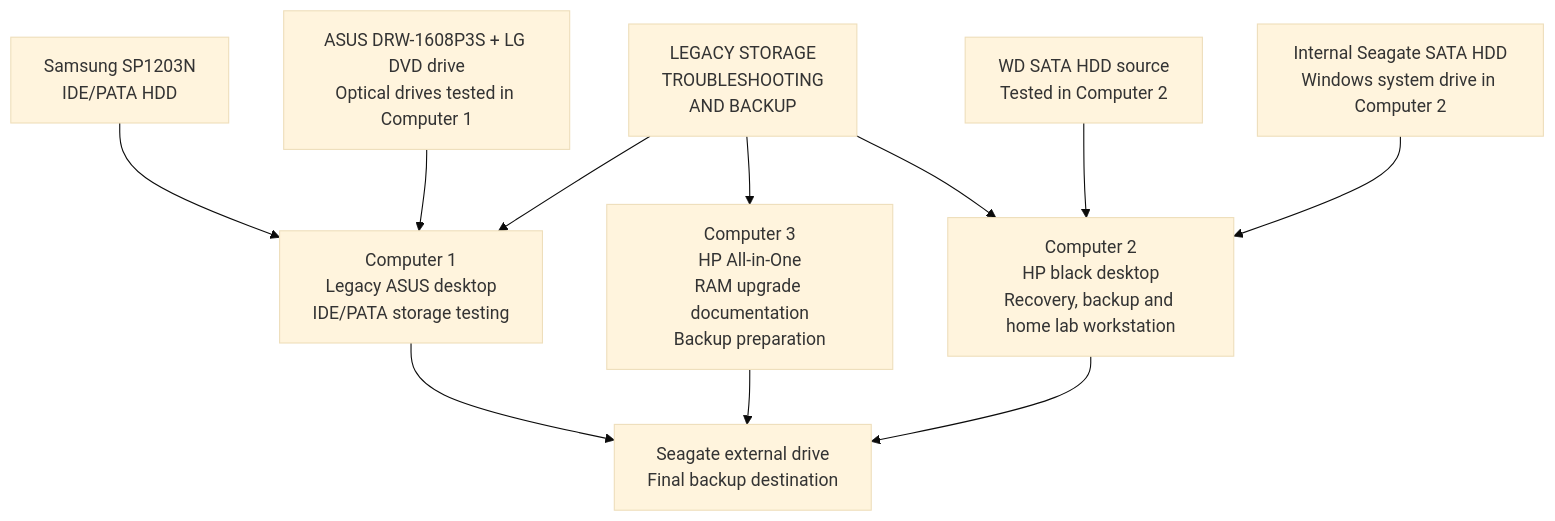
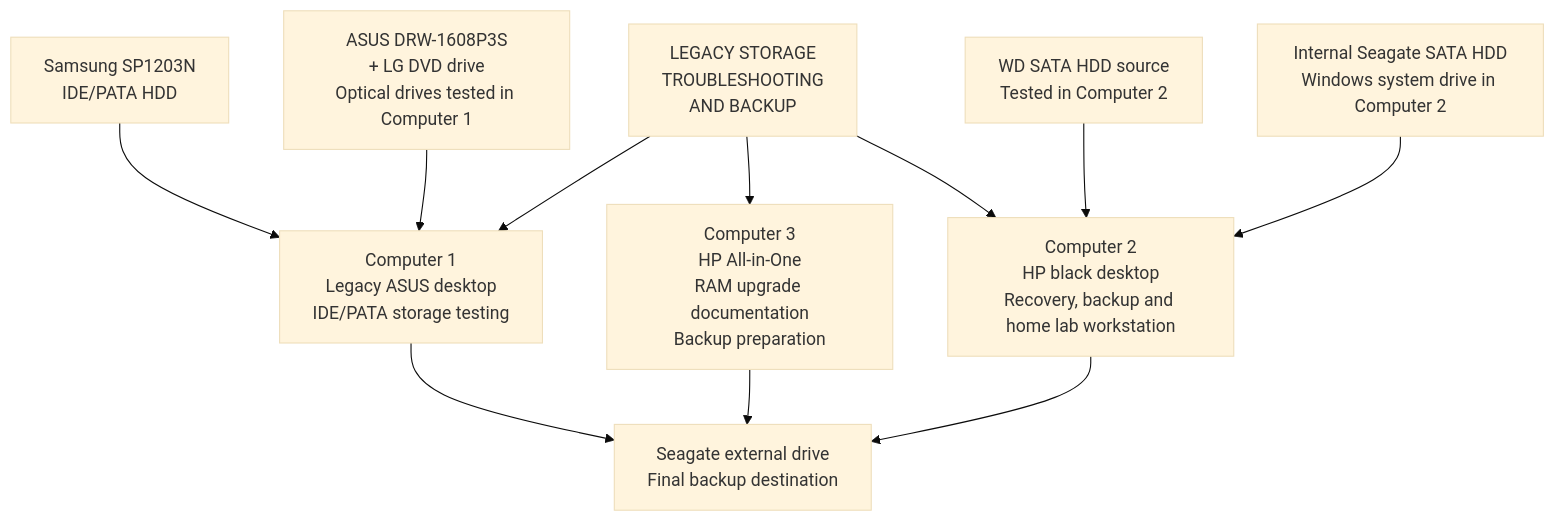
Before and after one commit to aang81a/my-it-support-portfolio: the diagram in PROJECTS/07-home-lab-documentation/diagrams/lab-environment-overview.md, drawn with Mermaid (base theme).

````diff
--- a/PROJECTS/07-home-lab-documentation/diagrams/lab-environment-overview.md
+++ b/PROJECTS/07-home-lab-documentation/diagrams/lab-environment-overview.md
@@ -9,31 +9,31 @@
 ```mermaid
 flowchart TB
 
     TITLE["LEGACY STORAGE<br/>TROUBLESHOOTING<br/>AND BACKUP"]
 
     C1["Computer 1<br/>Legacy ASUS desktop<br/>IDE/PATA storage testing"]
     C3["Computer 3<br/>HP All-in-One<br/>RAM upgrade documentation<br/>Backup preparation"]
     C2["Computer 2<br/>HP black desktop<br/>Recovery, backup and home lab workstation"]
 
     Samsung["Samsung SP1203N<br/>IDE/PATA HDD"]
-    Optical["ASUS DRW-1608P3S + LG DVD drive<br/>Optical drives tested in Computer 1"]
+    Optical["ASUS DRW-1608P3S<br/>+ LG DVD drive<br/>Optical drives tested in Computer 1"]
 
     WD["WD SATA HDD source<br/>Tested in Computer 2"]
     InternalSeagate["Internal Seagate SATA HDD<br/>Windows system drive in Computer 2"]
 
     ExternalSeagate["Seagate external drive<br/>Final backup destination"]
 
     TITLE --> C1
     TITLE --> C3
     TITLE --> C2
 
     Samsung --> C1
     Optical --> C1
 
     WD --> C2
     InternalSeagate --> C2
 
     C1 --> ExternalSeagate
     C3 --> ExternalSeagate
     C2 --> ExternalSeagate
 ```
````
